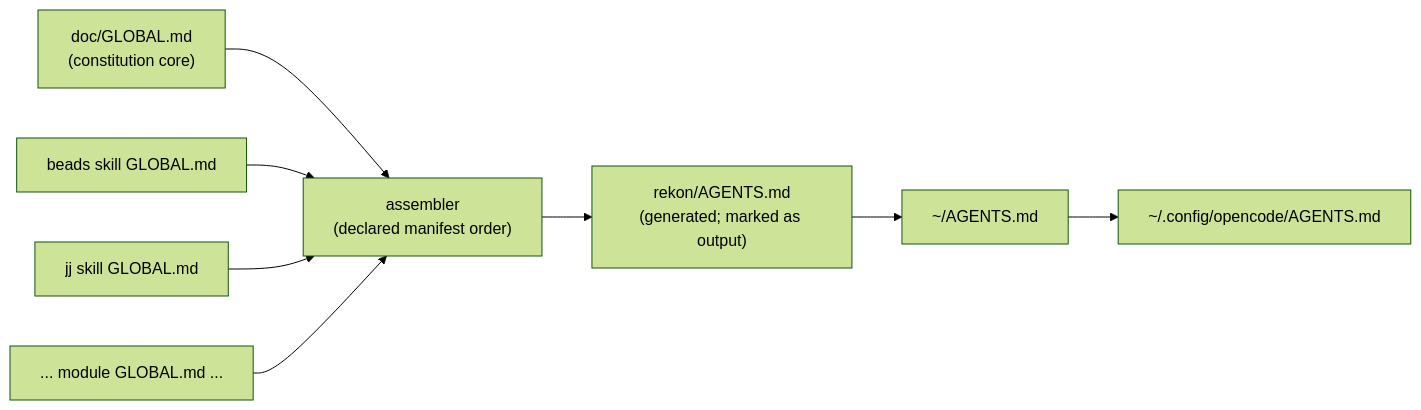
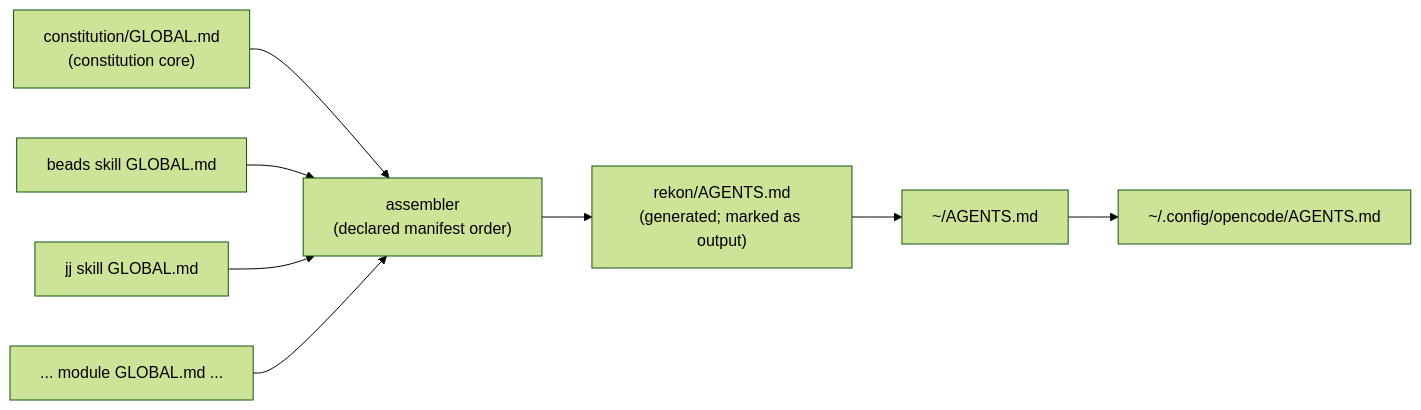
Before and after one commit to rektide/rekon: the first of 2 diagrams in design/doc-constitution/draft0.glm53m.md, drawn with Mermaid (forest theme). The commit also changed other lines of this file and 13 other files, not shown here.

````diff
--- a/design/doc-constitution/draft0.glm53m.md
+++ b/design/doc-constitution/draft0.glm53m.md
@@ -163,10 +163,10 @@
 ```mermaid
 flowchart LR
-    fragDoc["doc/GLOBAL.md<br/>(constitution core)"] --> asm["assembler<br/>(declared manifest order)"]
+    fragDoc["constitution/GLOBAL.md<br/>(constitution core)"] --> asm["assembler<br/>(declared manifest order)"]
     fragBeads["beads skill GLOBAL.md"] --> asm
     fragJJ["jj skill GLOBAL.md"] --> asm
     fragN["... module GLOBAL.md ..."] --> asm
     asm --> agents["rekon/AGENTS.md<br/>(generated; marked as output)"]
     agents --> link1["~/AGENTS.md"]
     link1 --> link2["~/.config/opencode/AGENTS.md"]
 ```
````
